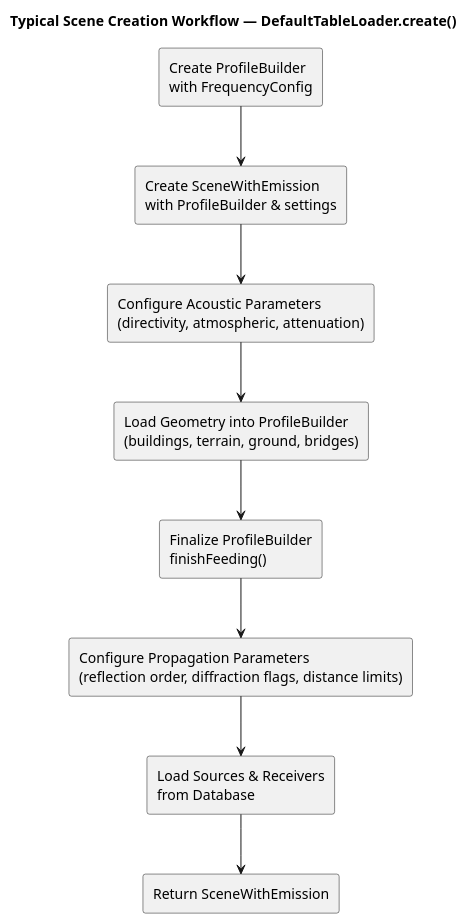
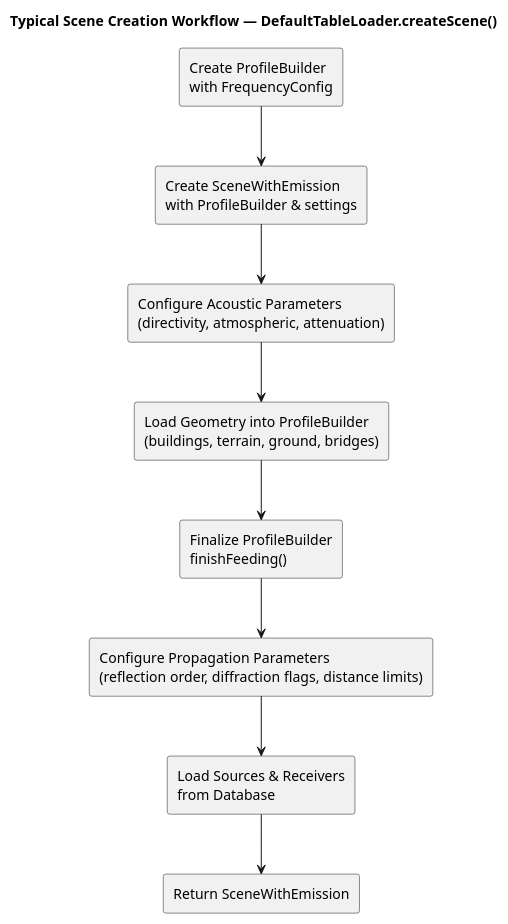
Before and after one commit to jtagusari/NoiseModelling: the fifth of 5 diagrams in Docs-dev/scene.md, drawn with PlantUML. The commit also changed other lines of this file and 12 other files, not shown here.

````diff
--- a/Docs-dev/scene.md
+++ b/Docs-dev/scene.md
@@ -225,22 +225,22 @@
 ```plantuml
 @startuml
 top to bottom direction
 skinparam componentStyle rectangle
-title Typical Scene Creation Workflow — DefaultTableLoader.create()
+title Typical Scene Creation Workflow — DefaultTableLoader.createScene()
 
 [Create ProfileBuilder\nwith FrequencyConfig] --> [Create SceneWithEmission\nwith ProfileBuilder & settings]
 
 [Create SceneWithEmission\nwith ProfileBuilder & settings] --> [Configure Acoustic Parameters\n(directivity, atmospheric, attenuation)]
 
 [Configure Acoustic Parameters\n(directivity, atmospheric, attenuation)] --> [Load Geometry into ProfileBuilder\n(buildings, terrain, ground, bridges)]
 
 [Load Geometry into ProfileBuilder\n(buildings, terrain, ground, bridges)] --> [Finalize ProfileBuilder\nfinishFeeding()]
 
 [Finalize ProfileBuilder\nfinishFeeding()] --> [Configure Propagation Parameters\n(reflection order, diffraction flags, distance limits)]
 
 [Configure Propagation Parameters\n(reflection order, diffraction flags, distance limits)] --> [Load Sources & Receivers\nfrom Database]
 
 [Load Sources & Receivers\nfrom Database] --> [Return SceneWithEmission]
 
 @enduml
 ```
````
